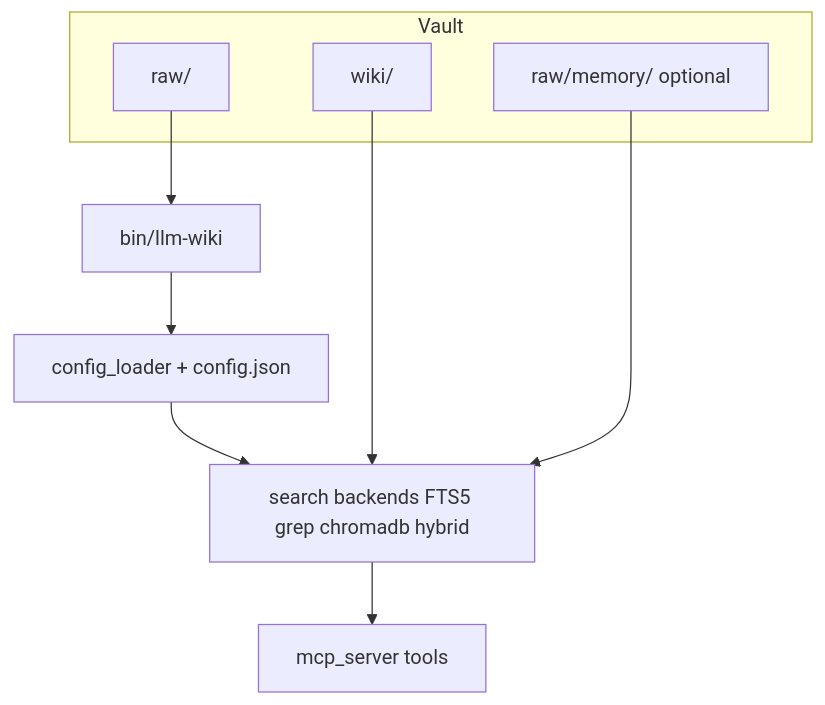
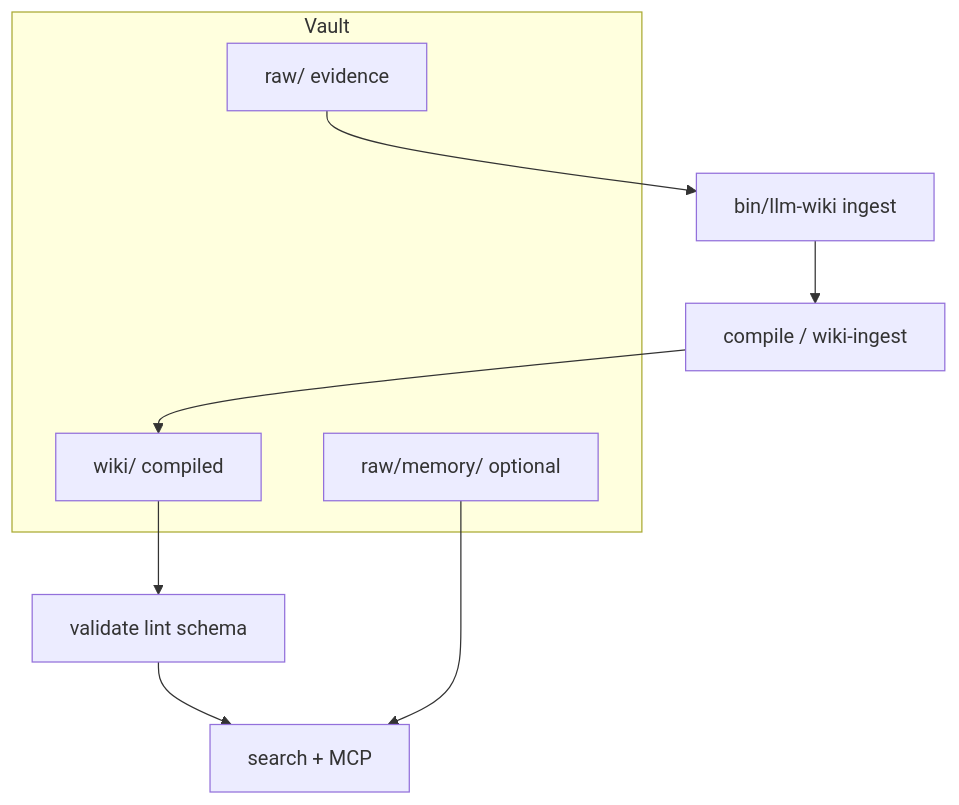
The diagram in docs/ARCHITECTURE.md (SkinnnyJay/wiki-llm), drawn with Mermaid before and after one commit. The commit also changed other lines of this file and 3 other files, not shown here.

First line of the commit message:
wiki-llm:docs: reframe product as the knowledge compiler

````diff
--- a/docs/ARCHITECTURE.md
+++ b/docs/ARCHITECTURE.md
@@ -27,18 +35,18 @@
 ```mermaid
 flowchart TB
   subgraph vault [Vault]
-    raw[raw/]
-    wiki[wiki/]
+    raw[raw/ evidence]
+    wiki[wiki/ compiled]
     mem[raw/memory/ optional]
   end
-  CLI[bin/llm-wiki]
-  CFG[config_loader + config.json]
-  SEARCH[search backends FTS5 grep chromadb hybrid]
-  MCP[mcp_server tools]
+  CLI[bin/llm-wiki ingest]
+  COMP[compile / wiki-ingest]
+  GATES[validate lint schema]
+  SEARCH[search + MCP]
   raw --> CLI
-  CLI --> CFG
-  CFG --> SEARCH
-  SEARCH --> MCP
-  wiki --> SEARCH
+  CLI --> COMP
+  COMP --> wiki
+  wiki --> GATES
+  GATES --> SEARCH
   mem --> SEARCH
 ```
````
